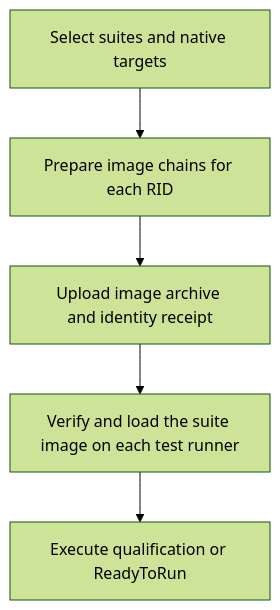
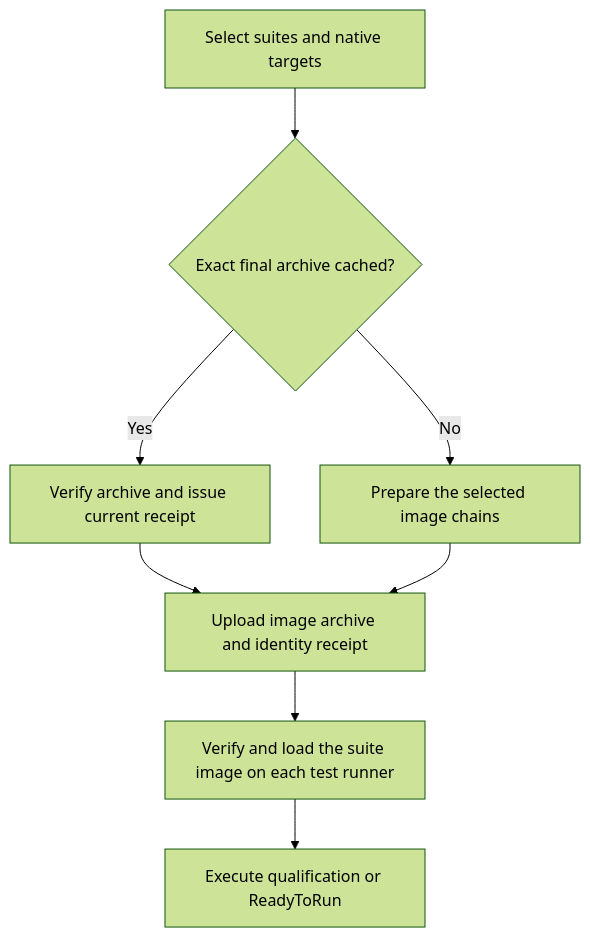
Before and after one commit to FrenchExDev2/QuietCli.PoSh: the diagram in docs/ci/linux-images.md, drawn with Mermaid (forest theme). The commit also changed other lines of this file and 8 other files, not shown here.

Commit message:
Reuse exact Linux CI image archives

````diff
--- a/docs/ci/linux-images.md
+++ b/docs/ci/linux-images.md
@@ -16,7 +16,10 @@
 ```mermaid
 flowchart TD
-    PLAN[Select suites and native targets] --> PREPARE[Prepare image chains for each RID]
-    PREPARE --> BUNDLE[Upload image archive and identity receipt]
+    PLAN[Select suites and native targets] --> CACHE{Exact final archive cached?}
+    CACHE -->|Yes| REUSE[Verify archive and issue current receipt]
+    CACHE -->|No| PREPARE[Prepare the selected image chains]
+    REUSE --> BUNDLE[Upload image archive and identity receipt]
+    PREPARE --> BUNDLE
     BUNDLE --> VERIFY[Verify and load the suite image on each test runner]
     VERIFY --> TEST[Execute qualification or ReadyToRun]
 ```
````
